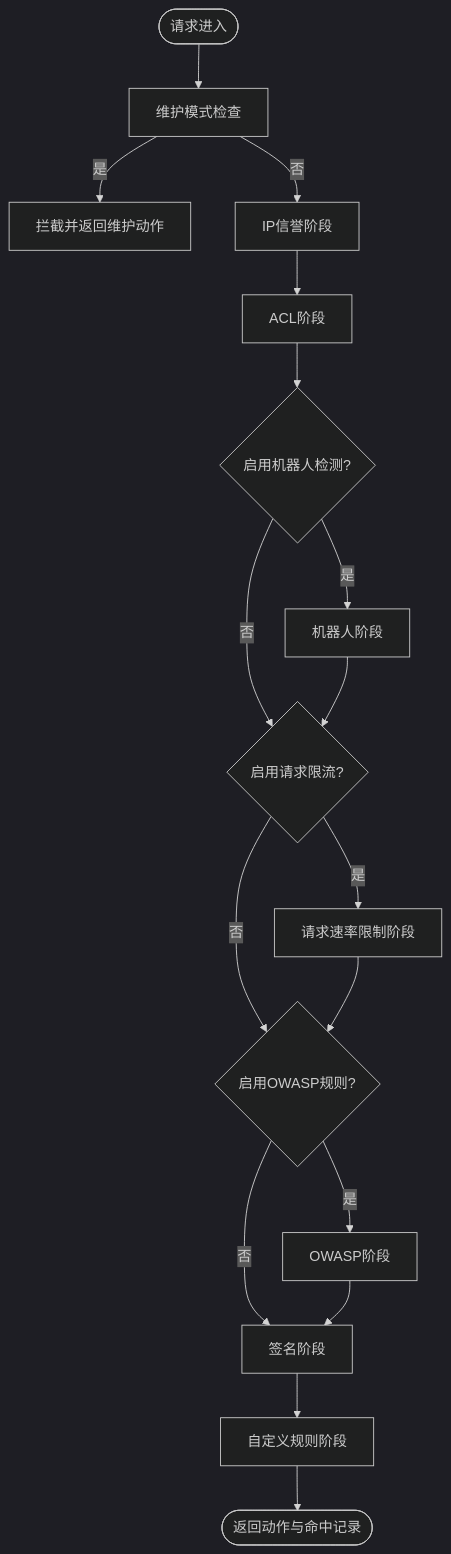
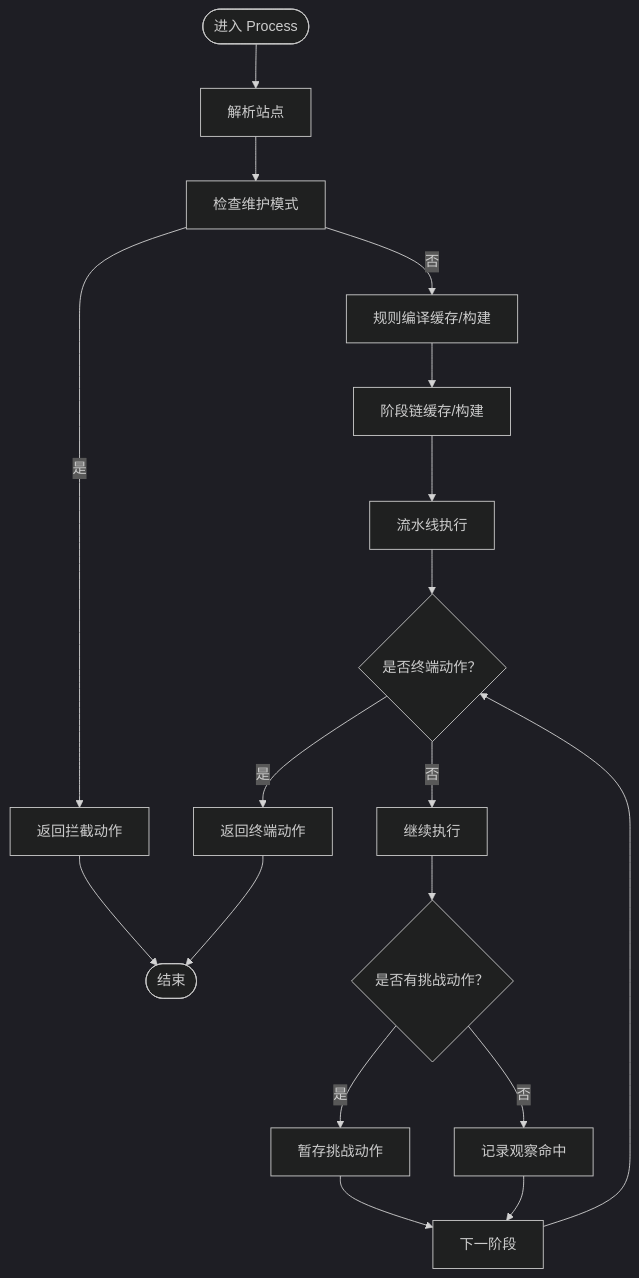
Before and after one commit to x01n/My-OpenWaf: the fourth of 5 diagrams in docs/开发者指南.md, drawn with Mermaid (dark theme). The commit also changed other lines of this file and 199 other files, not shown here.

````diff
--- a/docs/开发者指南.md
+++ b/docs/开发者指南.md
@@ -248,19 +206,20 @@
 ```mermaid
 flowchart TD
-Start(["请求进入"]) --> Maint["维护模式检查"]
-Maint --> |是| Intercept["拦截并返回维护动作"]
-Maint --> |否| IPRep["IP信誉阶段"]
-IPRep --> ACL["ACL阶段"]
-ACL --> Bot{"启用机器人检测?"}
-Bot --> |是| BotPhase["机器人阶段"]
-Bot --> |否| RLCheck{"启用请求限流?"}
-BotPhase --> RLCheck
-RLCheck --> |是| ReqRL["请求速率限制阶段"]
-RLCheck --> |否| OWASPCheck{"启用OWASP规则?"}
-ReqRL --> OWASPCheck
-OWASPCheck --> |是| OWASP["OWASP阶段"]
-OWASPCheck --> |否| Sig["签名阶段"]
-OWASP --> Sig
-Sig --> Custom["自定义规则阶段"]
-Custom --> End(["返回动作与命中记录"])
+Start(["进入 Process"]) --> MatchSite["解析站点"]
+MatchSite --> CheckMaint["检查维护模式"]
+CheckMaint --> |是| ReturnMaint["返回拦截动作"]
+CheckMaint --> |否| Compile["规则编译缓存/构建"]
+Compile --> Phases["阶段链缓存/构建"]
+Phases --> RunPipe["流水线执行"]
+RunPipe --> Decision{"是否终端动作？"}
+Decision --> |是| ReturnTerm["返回终端动作"]
+Decision --> |否| Continue["继续执行"]
+Continue --> Challenge{"是否有挑战动作？"}
+Challenge --> |是| Pending["暂存挑战动作"]
+Challenge --> |否| Observe["记录观察命中"]
+Observe --> NextPhase["下一阶段"]
+Pending --> NextPhase
+NextPhase --> Decision
+ReturnMaint --> End(["结束"])
+ReturnTerm --> End
 ```
````
